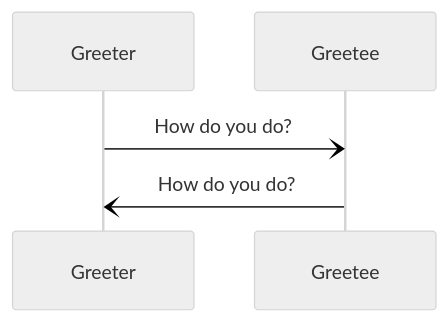
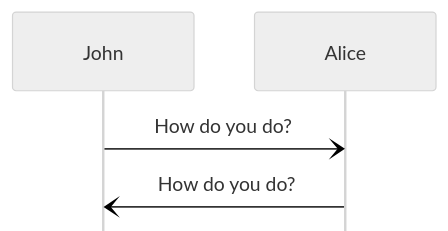
The first of 2 diagrams in docs/tutorial/engines/index.md (anoma/nspec), drawn with Mermaid (neutral theme) before and after one commit. The commit also changed other lines of this file, not shown here.

````diff
--- a/docs/tutorial/engines/index.md
+++ b/docs/tutorial/engines/index.md
@@ -53,7 +56,8 @@
 ```mermaid
+%%{initialize: {'mirrorActors': false} }%%
 sequenceDiagram 
-	participant Greeter
-	participant Greetee
+	participant Greeter as John
+	participant Greetee as Alice
 	Greeter -) Greetee: How do you do?
 	Greetee -) Greeter: How do you do?
 ```
````
